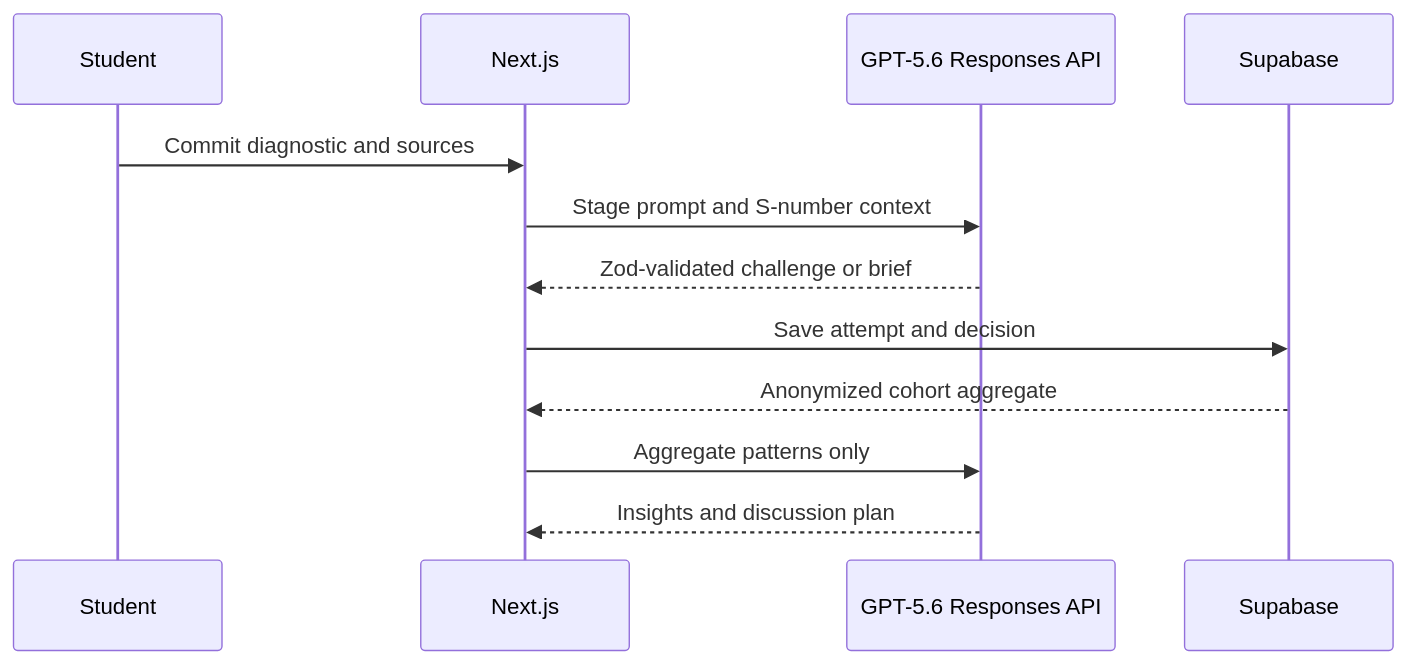
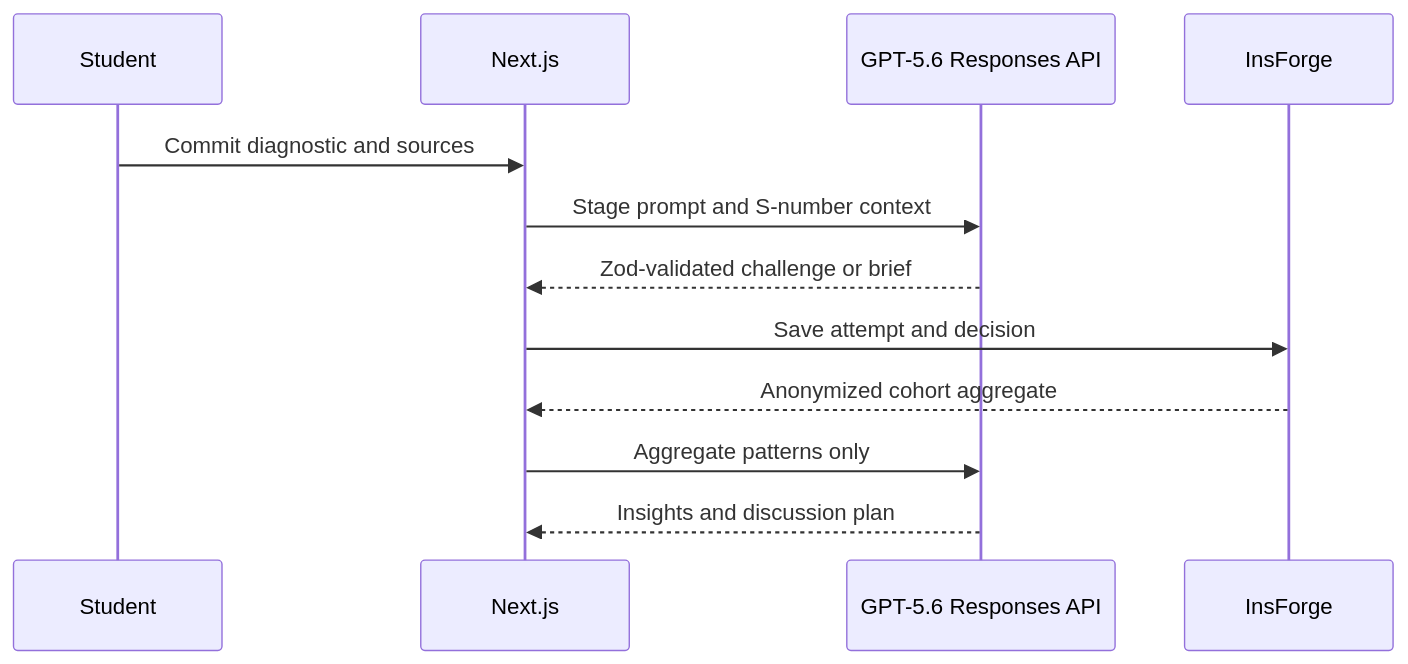
The diagram in ARCHITECTURE.md (nvmmonsalud/caseloop), drawn with Mermaid before and after one commit. The commit also changed other lines of this file and 33 other files, not shown here.

Commit message:
feat: add InsForge persistence

````diff
--- a/ARCHITECTURE.md
+++ b/ARCHITECTURE.md
@@ -7,14 +7,14 @@
 ```mermaid
 sequenceDiagram
   participant Student
   participant Next as Next.js
   participant AI as GPT-5.6 Responses API
-  participant DB as Supabase
+  participant DB as InsForge
   Student->>Next: Commit diagnostic and sources
   Next->>AI: Stage prompt and S-number context
   AI-->>Next: Zod-validated challenge or brief
   Next->>DB: Save attempt and decision
   DB-->>Next: Anonymized cohort aggregate
   Next->>AI: Aggregate patterns only
   AI-->>Next: Insights and discussion plan
 ```
````
